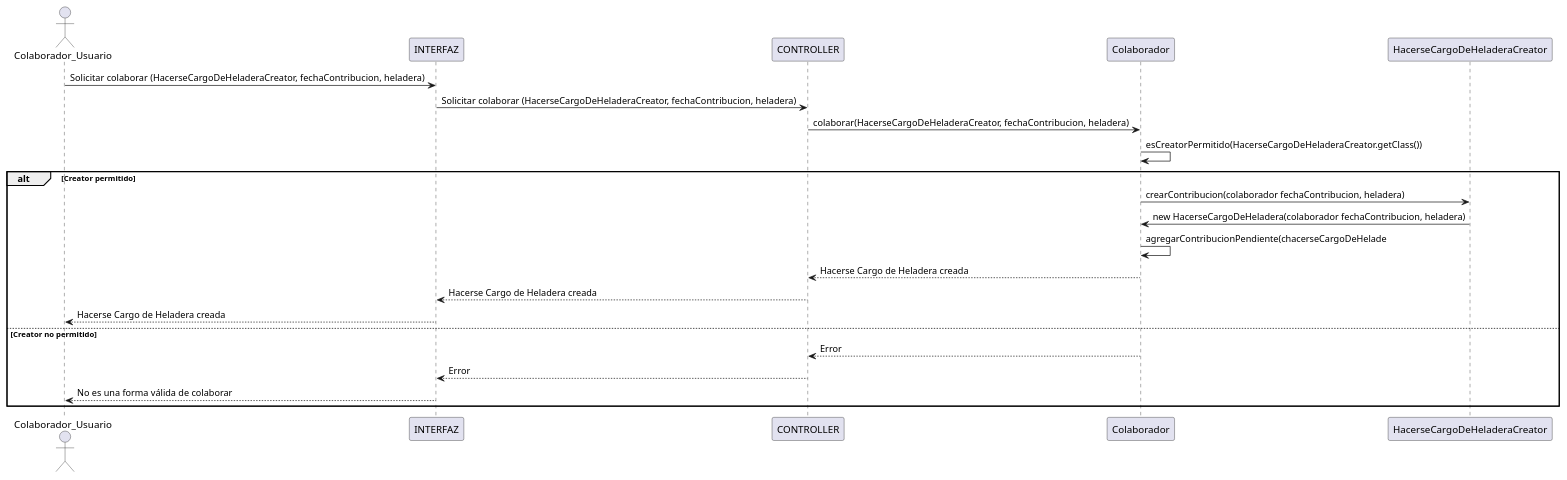
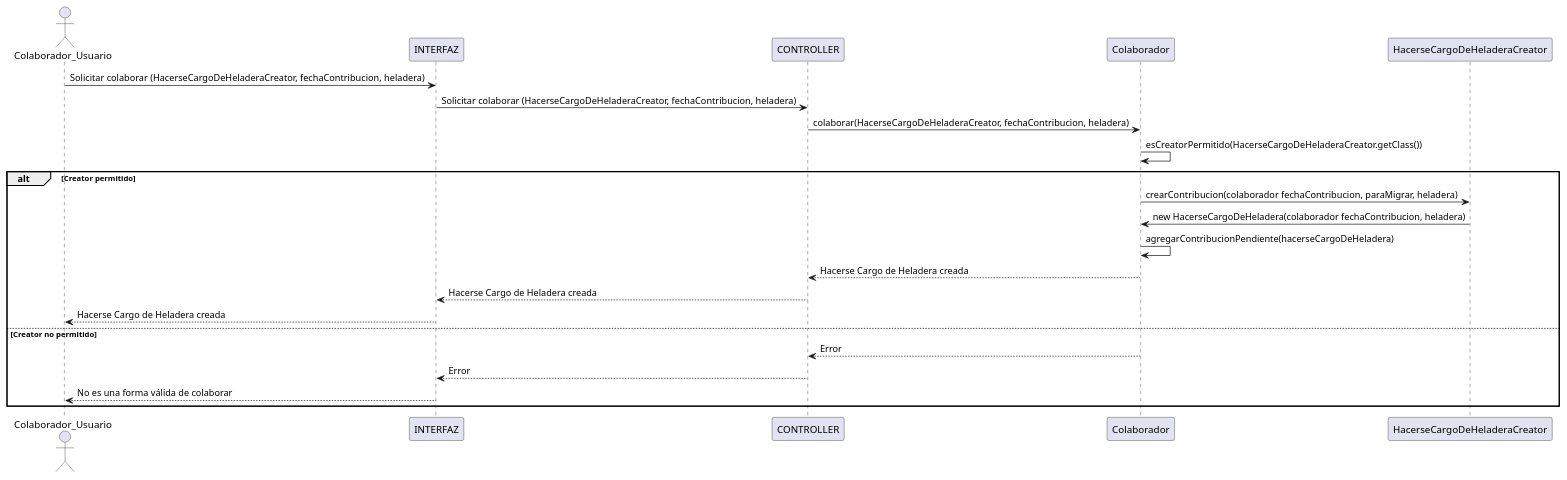
The diagram in proyecto_heladeras_solidarias/docs/plant_uml/diagramas_secuencia/hacerse_cargo_de_heladera/hacerse_cargo_de_heladera_colaborar.plantuml (luciacosenza/DDS-grupo10), drawn with PlantUML before and after one commit. The commit also changed 31 other files, not shown here.

```diff
--- a/proyecto_heladeras_solidarias/docs/plant_uml/diagramas_secuencia/hacerse_cargo_de_heladera/hacerse_cargo_de_heladera_colaborar.plantuml
+++ b/proyecto_heladeras_solidarias/docs/plant_uml/diagramas_secuencia/hacerse_cargo_de_heladera/hacerse_cargo_de_heladera_colaborar.plantuml
@@ -1,24 +1,24 @@
 @startuml hacerse_cargo_de_heladera_colaborar
 actor Colaborador_Usuario as User
 participant INTERFAZ
 participant CONTROLLER
 participant "Colaborador" as Colaborador
 participant "HacerseCargoDeHeladeraCreator" as HacerseCargoDeHeladeraCreator
 
 User -> INTERFAZ: Solicitar colaborar (HacerseCargoDeHeladeraCreator, fechaContribucion, heladera)
 INTERFAZ -> CONTROLLER: Solicitar colaborar (HacerseCargoDeHeladeraCreator, fechaContribucion, heladera)
 CONTROLLER -> Colaborador: colaborar(HacerseCargoDeHeladeraCreator, fechaContribucion, heladera)
 Colaborador -> Colaborador: esCreatorPermitido(HacerseCargoDeHeladeraCreator.getClass())
 alt Creator permitido
-    Colaborador -> HacerseCargoDeHeladeraCreator: crearContribucion(colaborador fechaContribucion, heladera)
+    Colaborador -> HacerseCargoDeHeladeraCreator: crearContribucion(colaborador fechaContribucion, paraMigrar, heladera)
     HacerseCargoDeHeladeraCreator-> Colaborador: new HacerseCargoDeHeladera(colaborador fechaContribucion, heladera)
-    Colaborador -> Colaborador: agregarContribucionPendiente(chacerseCargoDeHelade
+    Colaborador -> Colaborador: agregarContribucionPendiente(hacerseCargoDeHeladera)
     Colaborador --> CONTROLLER: Hacerse Cargo de Heladera creada
     CONTROLLER --> INTERFAZ: Hacerse Cargo de Heladera creada
     INTERFAZ --> User: Hacerse Cargo de Heladera creada
 else Creator no permitido
     Colaborador --> CONTROLLER: Error
     CONTROLLER --> INTERFAZ: Error
     INTERFAZ --> User: No es una forma válida de colaborar
 end
 @endumll
```
